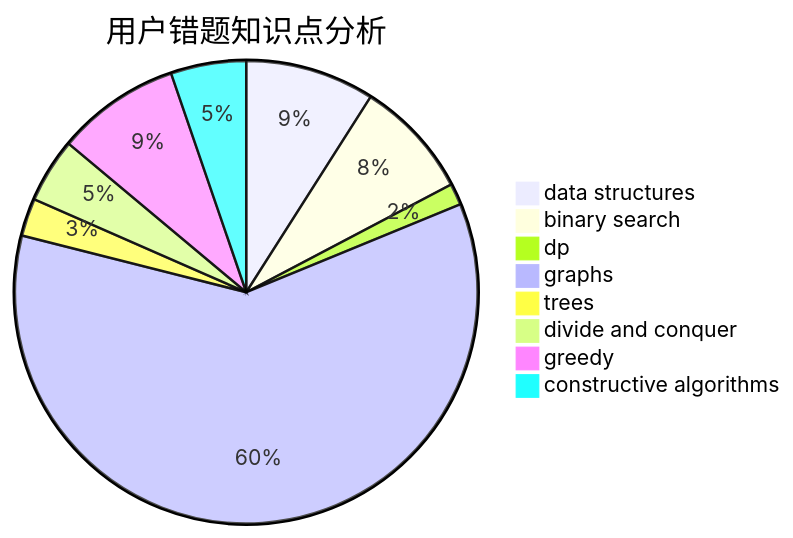
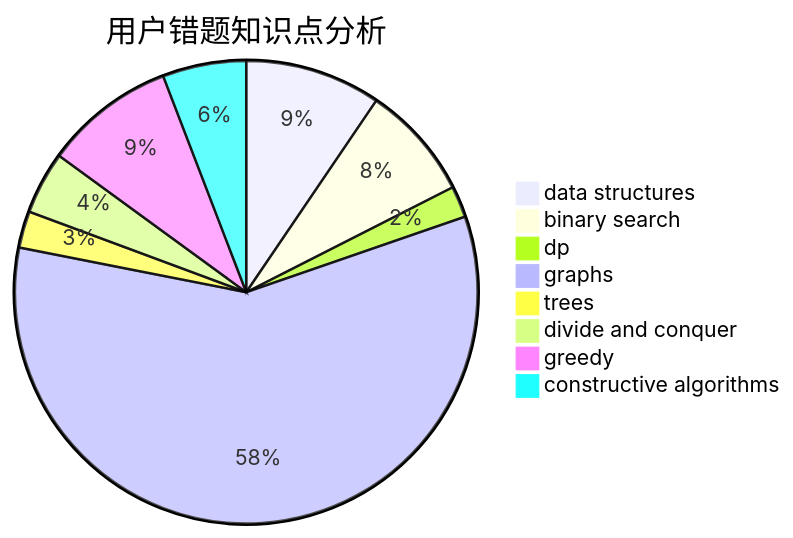
One commit to sherpahu/cfrs.github.io changed the third of 3 diagrams in docs/user/u599.md. Above: the diagram before and after it, drawn with Mermaid. The commit also changed other lines of this file and 2770 other files, not shown here.

````diff
--- a/docs/user/u599.md
+++ b/docs/user/u599.md
@@ -36,11 +36,11 @@
 ```mermaid
 pie title 用户错题知识点分析
-    "data structures" :  24
+    "data structures" :  26
     "binary search" :  22
-    "dp" :  4
+    "dp" :  6
     "graphs" :  160
     "trees" :  7
     "divide and conquer" :  12
-    "greedy" :  23
-    "constructive algorithms" :  14
+    "greedy" :  25
+    "constructive algorithms" :  16
 ```
````
